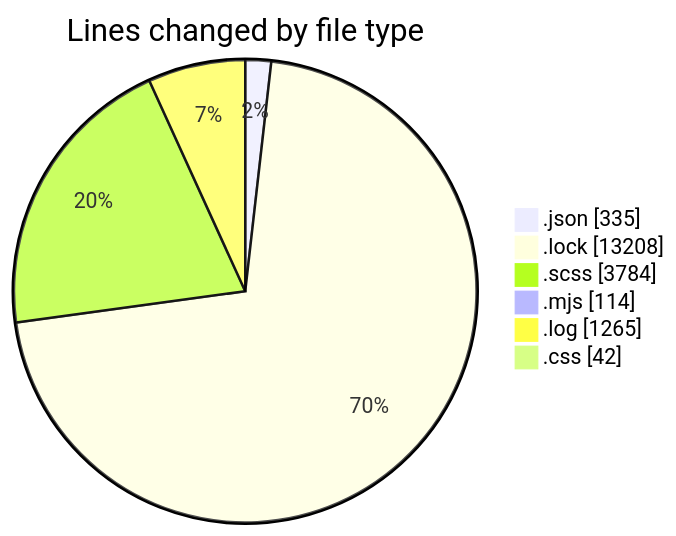
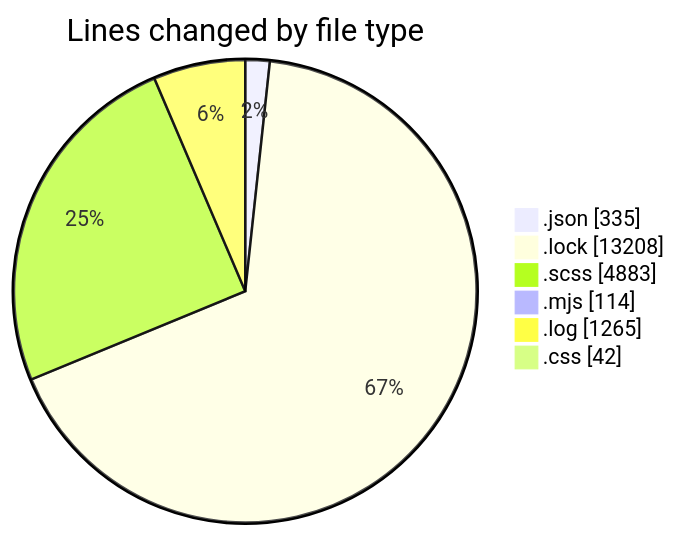
Before and after one commit to momahboobian/code-tracking: the first of 2 diagrams in 2026-01-26/cda/README.md, drawn with Mermaid. The commit also changed other lines of this file and 1 other file, not shown here.

````diff
--- a/2026-01-26/cda/README.md
+++ b/2026-01-26/cda/README.md
@@ -32,10 +36,10 @@
 ```mermaid
 pie showData
 title Lines changed by file type
 ".json" : 335
 ".lock" : 13208
-".scss" : 3784
+".scss" : 4883
 ".mjs" : 114
 ".log" : 1265
 ".css" : 42
 ```
````
